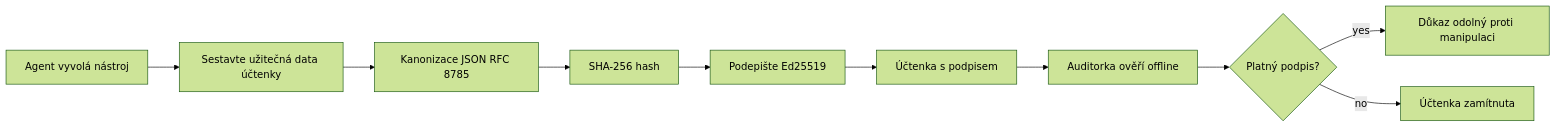
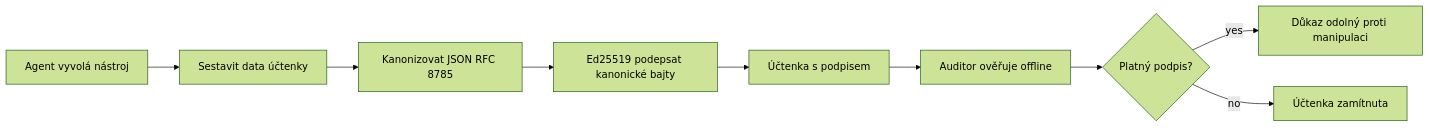
The first of 2 diagrams in mirrors/repos/microsoft@ai-agents-for-beginners/translations/cs/18-securing-ai-agents/README.md (gabrielmoreira/agent-skills-mirror), drawn with Mermaid (forest theme) before and after one commit. The commit also changed other lines of this file and 4262 other files, not shown here.

````diff
--- a/mirrors/repos/microsoft@ai-agents-for-beginners/translations/cs/18-securing-ai-agents/README.md
+++ b/mirrors/repos/microsoft@ai-agents-for-beginners/translations/cs/18-securing-ai-agents/README.md
@@ -51,12 +51,11 @@
 ```mermaid
 flowchart LR
-    A[Agent vyvolá nástroj] --> B[Sestavte užitečná data účtenky]
-    B --> C[Kanonizace JSON RFC 8785]
-    C --> D[SHA-256 hash]
-    D --> E[Podepište Ed25519]
+    A[Agent vyvolá nástroj] --> B[Sestavit data účtenky]
+    B --> C[Kanonizovat JSON RFC 8785]
+    C --> E[Ed25519 podepsat kanonické bajty]
     E --> F[Účtenka s podpisem]
-    F --> G[Auditorka ověří offline]
+    F --> G[Auditor ověřuje offline]
     G --> H{Platný podpis?}
     H -- yes --> I[Důkaz odolný proti manipulaci]
     H -- no --> J[Účtenka zamítnuta]
 ```
````
